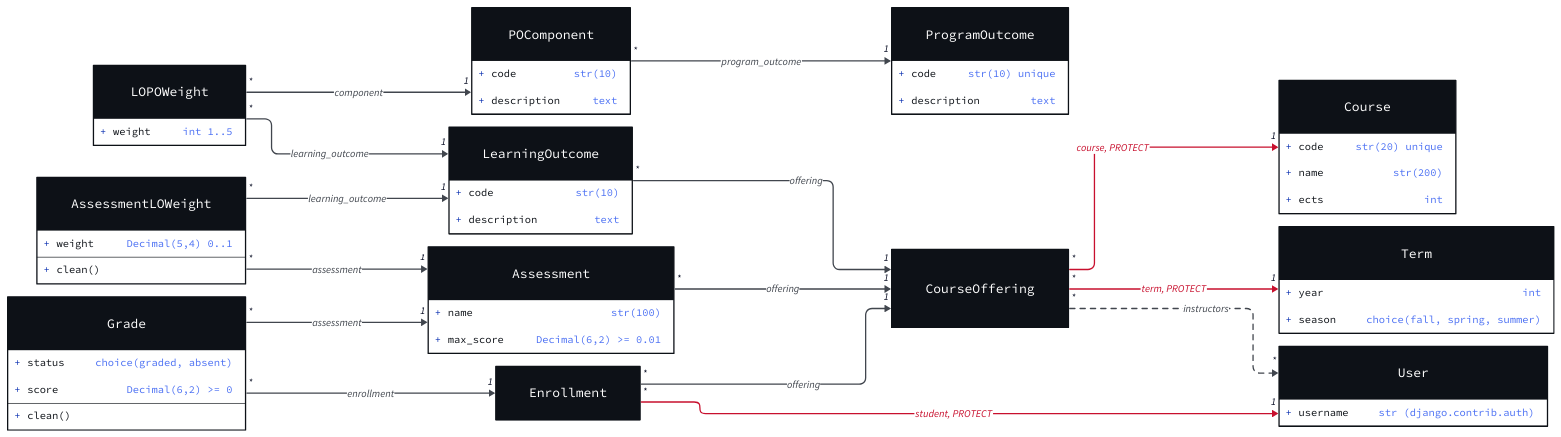
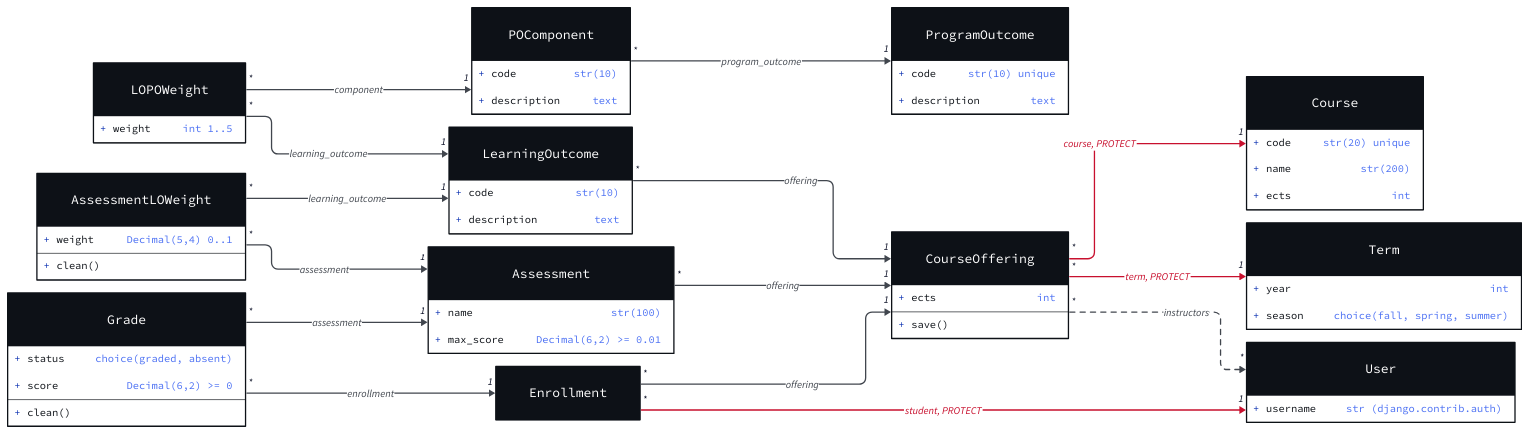
One commit to rmz-oz/aculator changed the diagram in docs/classes.d2. Above: the diagram before and after it, drawn with D2. The commit also changed 10 other files, not shown here.

```diff
--- a/docs/classes.d2
+++ b/docs/classes.d2
@@ -63,6 +63,8 @@
 
 CourseOffering: {
   shape: class
+  "ects": "int"
+  "save()": ""
   style: {
     fill: "#0D1117"
     stroke: "#FFFFFF"
```
